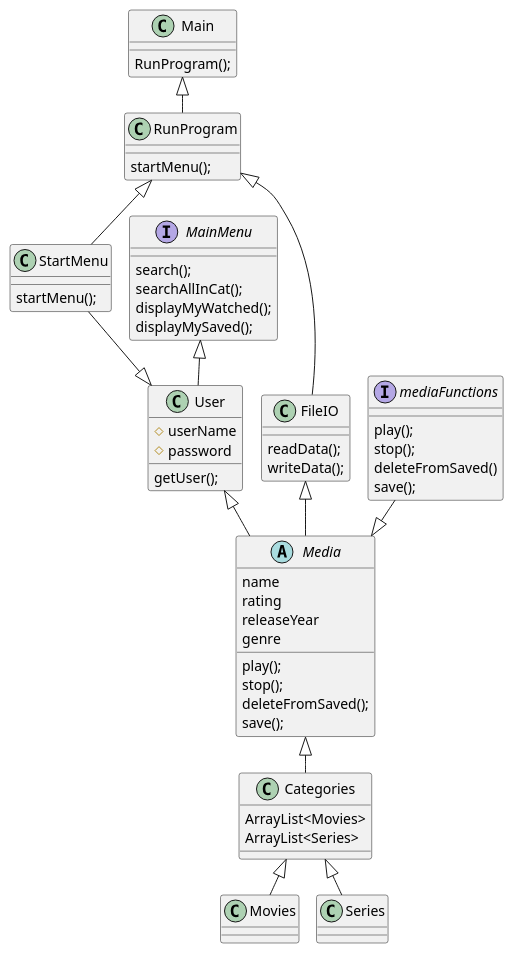
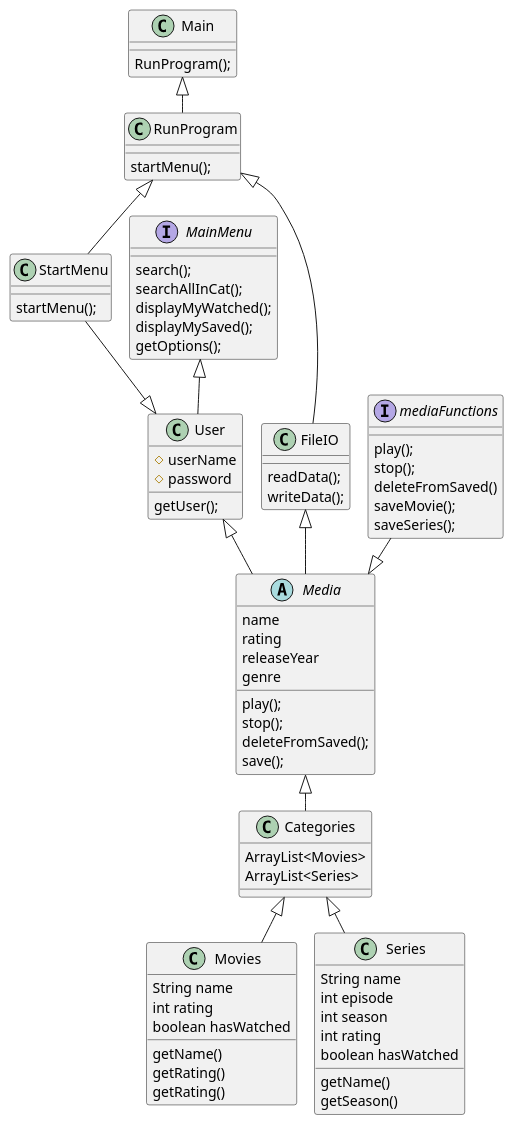
Before and after one commit to SitthichaiPhuanphimai/SP3: the diagram in out/production/SP3/SP3.puml, drawn with PlantUML. The commit also changed 6 other files, not shown here.

```diff
--- a/out/production/SP3/SP3.puml
+++ b/out/production/SP3/SP3.puml
@@ -1,70 +1,88 @@
 @startuml
 'https://plantuml.com/class-diagram
 !pragma layout smetana
 
 Main <|-- RunProgram
 Main : RunProgram();
 
 RunProgram <|--StartMenu
 RunProgram : startMenu();
 
 
 StartMenu : startMenu();
 
 StartMenu --|> User
 MainMenu<|-- User
 User <|-- Media
 
 User : getUser();
 User : #userName
 User : #password
 
 interface mediaFunctions
 abstract class Media
 Class Movies
 Class Series
 Class Categories
 
+Movies : String name
+Movies : int rating
+Movies : boolean hasWatched
+Movies : getName()
+Movies : getRating()
+Movies : getRating()
+
+Series : String name
+Series : int episode
+Series : int season
+Series : int rating
+Series : boolean hasWatched
+Series : getName()
+Series : getSeason()
+
+
 Media : name
 Media : rating
 Media : releaseYear
 Media : genre
 Media : play();
 Media : stop();
 Media : deleteFromSaved();
 Media : save();
 
 Categories : ArrayList<Movies>
 Categories : ArrayList<Series>
 
 Categories <|--Movies
 Categories <|--Series
 
 mediaFunctions : play();
 mediaFunctions : stop();
 mediaFunctions : deleteFromSaved()
-mediaFunctions : save();
+mediaFunctions : saveMovie();
+mediaFunctions : saveSeries();
 
 
 
 
 mediaFunctions --|> Media
 
 interface MainMenu
 MainMenu : search();
 MainMenu : searchAllInCat();
 MainMenu : displayMyWatched();
 MainMenu : displayMySaved();
+MainMenu : getOptions();
 
 
 
 FileIO : readData();
 FileIO : writeData();
 
 RunProgram <|-- FileIO
 Media <|--Categories
 FileIO <|-- Media
 
 
 
 @enduml
```
